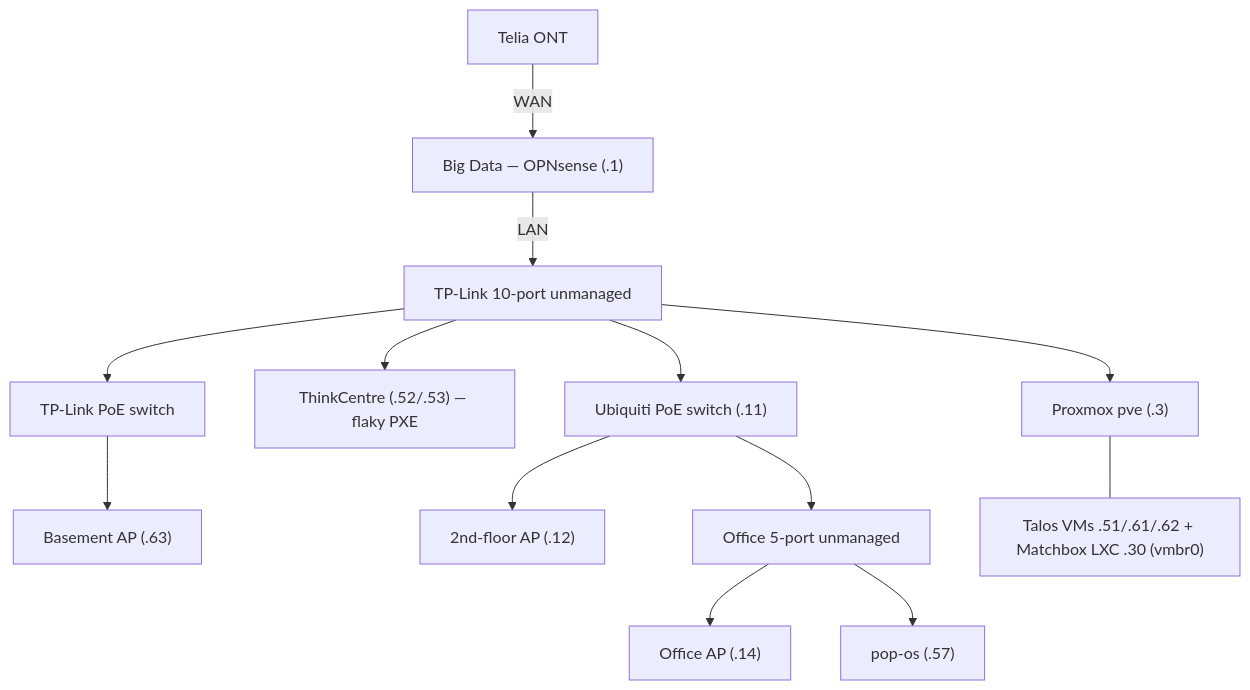
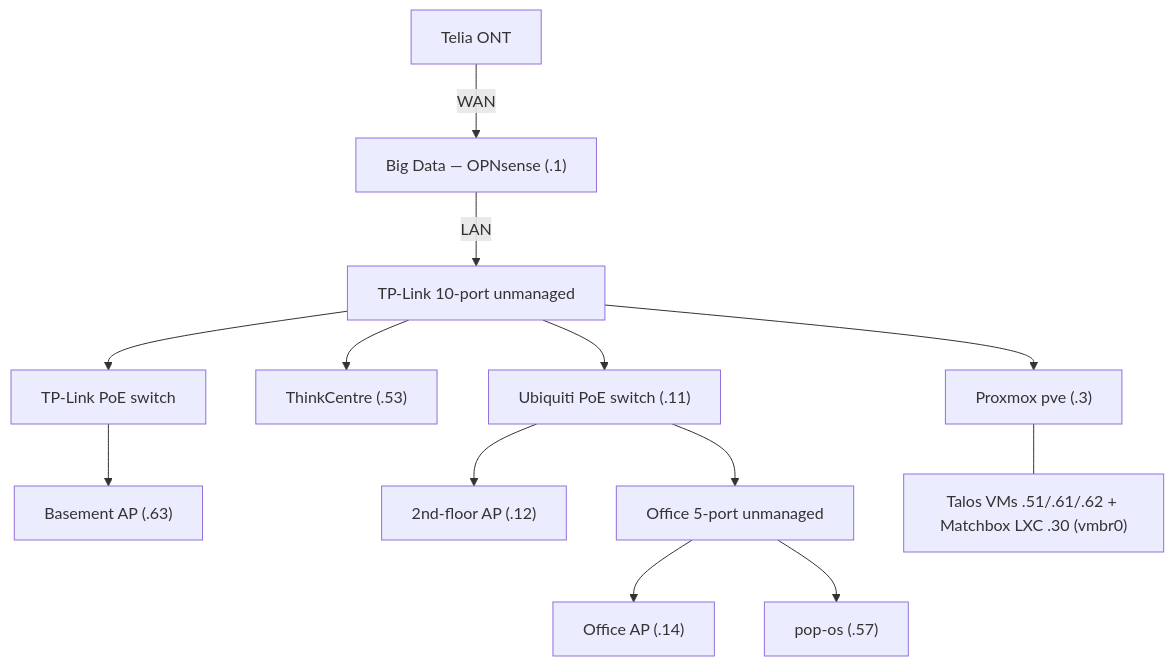
One commit to teststuffstash/homelab changed the diagram in docs/network-physical.md. Above: the diagram before and after it, drawn with Mermaid. The commit also changed other lines of this file and 33 other files, not shown here.

````diff
--- a/docs/network-physical.md
+++ b/docs/network-physical.md
@@ -48,15 +49,15 @@
 ```mermaid
 graph TD
   ONT[Telia ONT] -->|WAN| OPN["Big Data — OPNsense (.1)"]
   OPN -->|LAN| SW10[TP-Link 10-port unmanaged]
   SW10 --> PVE["Proxmox pve (.3)"]
-  SW10 --> TC["ThinkCentre (.52/.53) — flaky PXE"]
+  SW10 --> TC["ThinkCentre (.53)"]
   SW10 --> POE1[TP-Link PoE switch]
   SW10 --> UBNT["Ubiquiti PoE switch (.11)"]
   POE1 --> APB["Basement AP (.63)"]
   UBNT --> AP2["2nd-floor AP (.12)"]
   UBNT --> SW5[Office 5-port unmanaged]
   SW5 --> APO["Office AP (.14)"]
   SW5 --> POP["pop-os (.57)"]
   PVE --- VMS["Talos VMs .51/.61/.62 + Matchbox LXC .30 (vmbr0)"]
 ```
````
